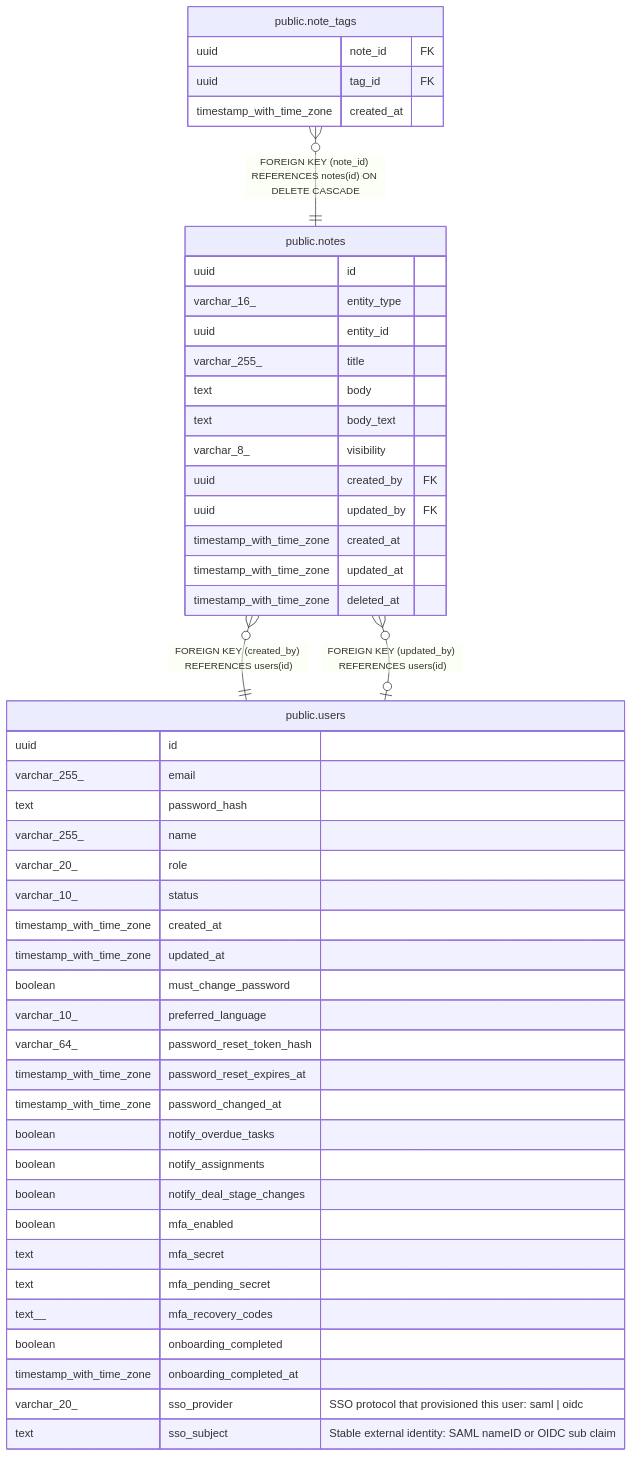
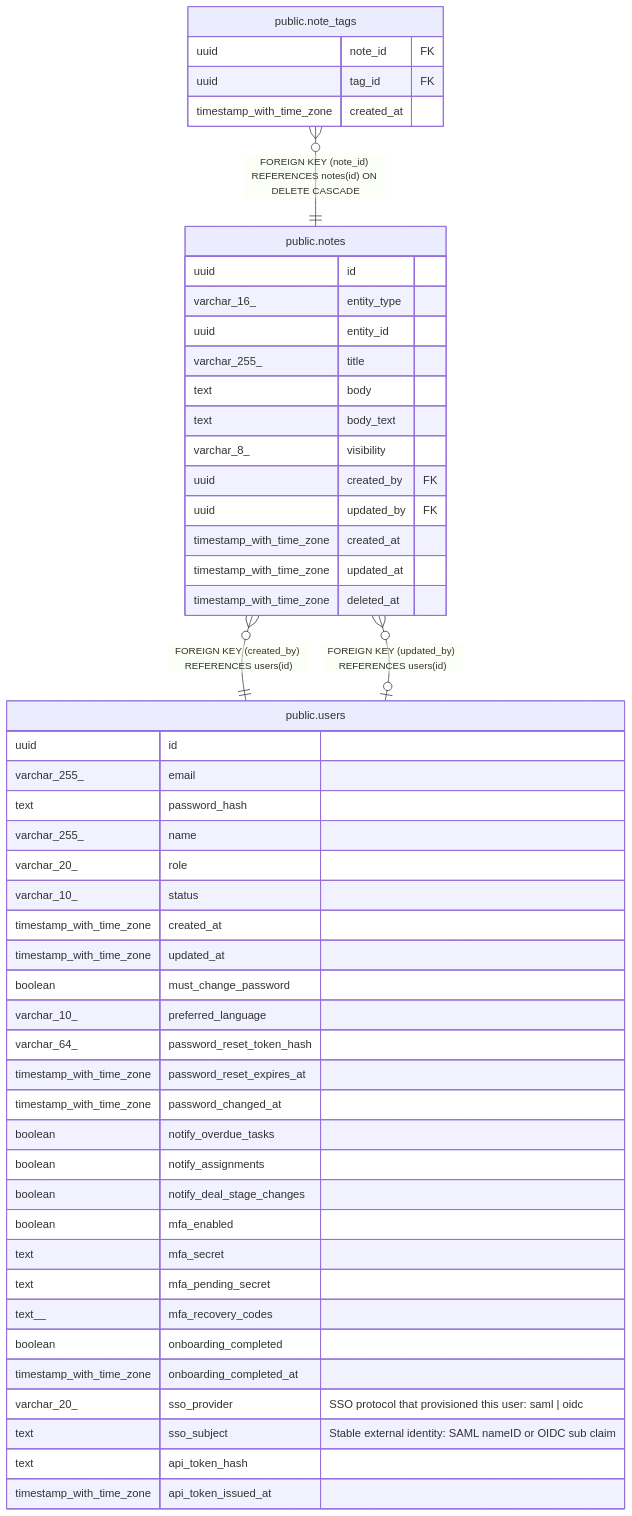
The diagram in docs/schema/public.notes.md (rkseattle/minicrm), drawn with Mermaid before and after one commit. The commit also changed 25 other files, not shown here.

First line of the commit message:
chore(MINCRM-535, MINCRM-536): regenerate ERD after migration 104

````diff
--- a/docs/schema/public.notes.md
+++ b/docs/schema/public.notes.md
@@ -52,53 +52,55 @@
 ```mermaid
 erDiagram
 
 "public.note_tags" }o--|| "public.notes" : "FOREIGN KEY (note_id) REFERENCES notes(id) ON DELETE CASCADE"
 "public.notes" }o--|| "public.users" : "FOREIGN KEY (created_by) REFERENCES users(id)"
 "public.notes" }o--o| "public.users" : "FOREIGN KEY (updated_by) REFERENCES users(id)"
 
 "public.notes" {
   uuid id ""
   varchar_16_ entity_type ""
   uuid entity_id ""
   varchar_255_ title ""
   text body ""
   text body_text ""
   varchar_8_ visibility ""
   uuid created_by FK ""
   uuid updated_by FK ""
   timestamp_with_time_zone created_at ""
   timestamp_with_time_zone updated_at ""
   timestamp_with_time_zone deleted_at ""
 }
 "public.note_tags" {
   uuid note_id FK ""
   uuid tag_id FK ""
   timestamp_with_time_zone created_at ""
 }
 "public.users" {
   uuid id ""
   varchar_255_ email ""
   text password_hash ""
   varchar_255_ name ""
   varchar_20_ role ""
   varchar_10_ status ""
   timestamp_with_time_zone created_at ""
   timestamp_with_time_zone updated_at ""
   boolean must_change_password ""
   varchar_10_ preferred_language ""
   varchar_64_ password_reset_token_hash ""
   timestamp_with_time_zone password_reset_expires_at ""
   timestamp_with_time_zone password_changed_at ""
   boolean notify_overdue_tasks ""
   boolean notify_assignments ""
   boolean notify_deal_stage_changes ""
   boolean mfa_enabled ""
   text mfa_secret ""
   text mfa_pending_secret ""
   text__ mfa_recovery_codes ""
   boolean onboarding_completed ""
   timestamp_with_time_zone onboarding_completed_at ""
   varchar_20_ sso_provider "SSO protocol that provisioned this user: saml | oidc"
   text sso_subject "Stable external identity: SAML nameID or OIDC sub claim"
+  text api_token_hash ""
+  timestamp_with_time_zone api_token_issued_at ""
 }
 ```
````
